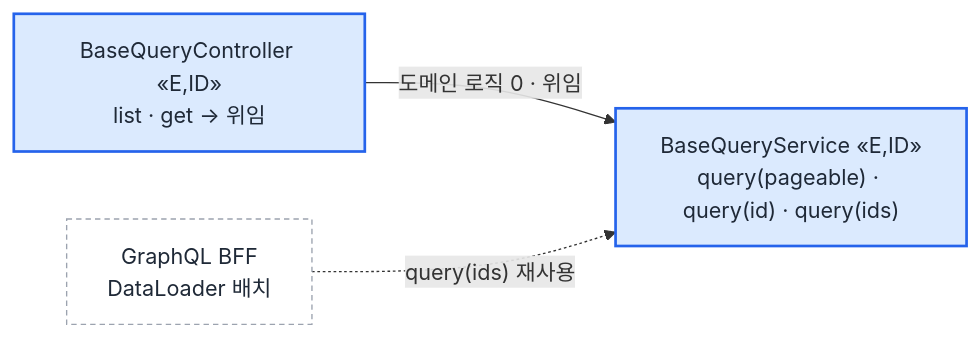
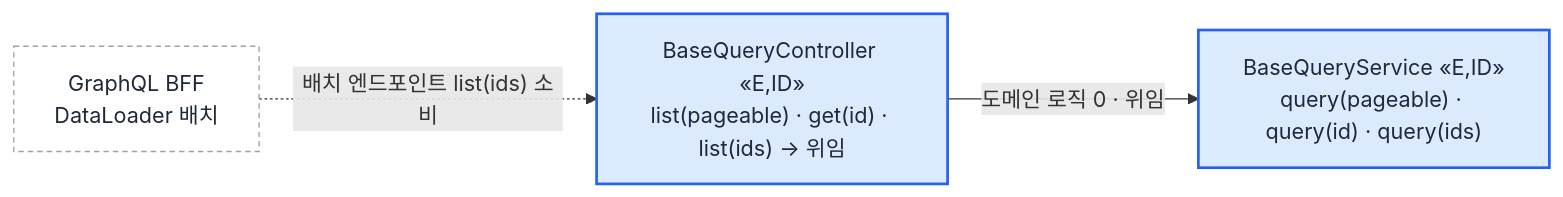
Before and after one commit to ikswary/common-base-layer: the third of 3 diagrams in README.md, drawn with Mermaid. The commit also changed other lines of this file, not shown here.

````diff
--- a/README.md
+++ b/README.md
@@ -99,12 +93,12 @@
 ```mermaid
 flowchart LR
-    Controller["BaseQueryController «E,ID»<br/>list · get → 위임"]
+    Controller["BaseQueryController «E,ID»<br/>list(pageable) · get(id) · list(ids) → 위임"]
     Service["BaseQueryService «E,ID»<br/>query(pageable) · query(id) · query(ids)"]
     BFF["GraphQL BFF<br/>DataLoader 배치"]
     Controller -- "도메인 로직 0 · 위임" --> Service
-    BFF -. "query(ids) 재사용" .-> Service
+    BFF -. "배치 엔드포인트 list(ids) 소비" .-> Controller
     classDef core fill:#dbeafe,stroke:#2563eb,stroke-width:2px,color:#1f2937;
     classDef ext fill:#ffffff,stroke:#9ca3af,stroke-dasharray:4 3,color:#1f2937;
     class Controller,Service core;
     class BFF ext;
 ```
````
